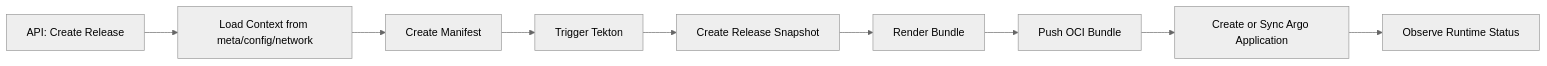
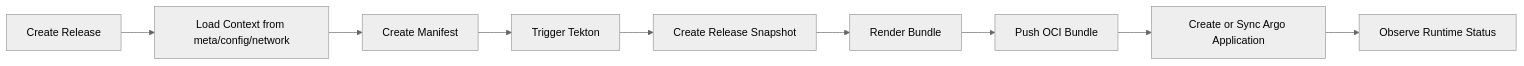
One commit to bsonger/devflow-document changed the diagram in content/docs/observability/release-trace-example.md. Above: the diagram before and after it, drawn with Mermaid (neutral theme). The commit also changed other lines of this file and 3 other files, not shown here.

Commit message:
docs: align release flow with devflow-service

````diff
--- a/content/docs/observability/release-trace-example.md
+++ b/content/docs/observability/release-trace-example.md
@@ -45,11 +47,11 @@
 ```mermaid
 graph LR
-    A[API: Create Release] --> B[Load Context from meta/config/network]
+    A[Create Release] --> B[Load Context from meta/config/network]
     B --> C[Create Manifest]
     C --> D[Trigger Tekton]
     D --> E[Create Release Snapshot]
     E --> F[Render Bundle]
     F --> G[Push OCI Bundle]
     G --> H[Create or Sync Argo Application]
     H --> I[Observe Runtime Status]
 ```
````
